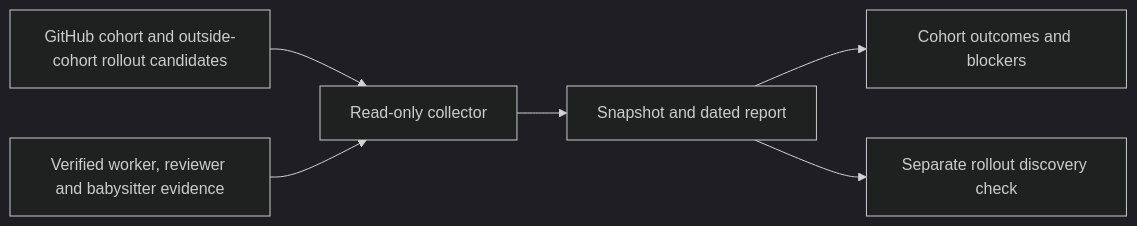
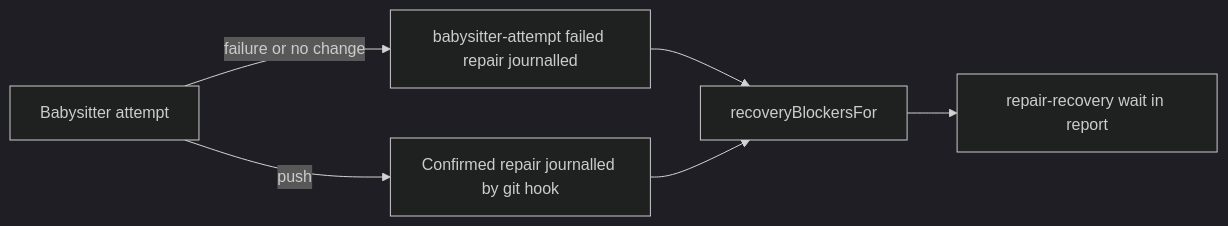
Before and after one commit to stSoftwareAU/VibeCoder: the diagram in docs/archive/pr-summaries/pr-summary-4658.md, drawn with Mermaid (dark theme). The commit also changed other lines of this file, not shown here.

````diff
--- a/docs/archive/pr-summaries/pr-summary-4658.md
+++ b/docs/archive/pr-summaries/pr-summary-4658.md
@@ -75,8 +44,8 @@
 ```mermaid
 flowchart LR
-    A[GitHub cohort and outside-cohort rollout candidates] --> C[Read-only collector]
-    B[Verified worker, reviewer and babysitter evidence] --> C
-    C --> D[Snapshot and dated report]
-    D --> E[Cohort outcomes and blockers]
-    D --> F[Separate rollout discovery check]
+    A[Babysitter attempt] -->|push| B[Confirmed repair journalled by git hook]
+    A -->|failure or no change| C[babysitter-attempt failed repair journalled]
+    C --> D[recoveryBlockersFor]
+    B --> D
+    D --> E[repair-recovery wait in report]
 ```
````
